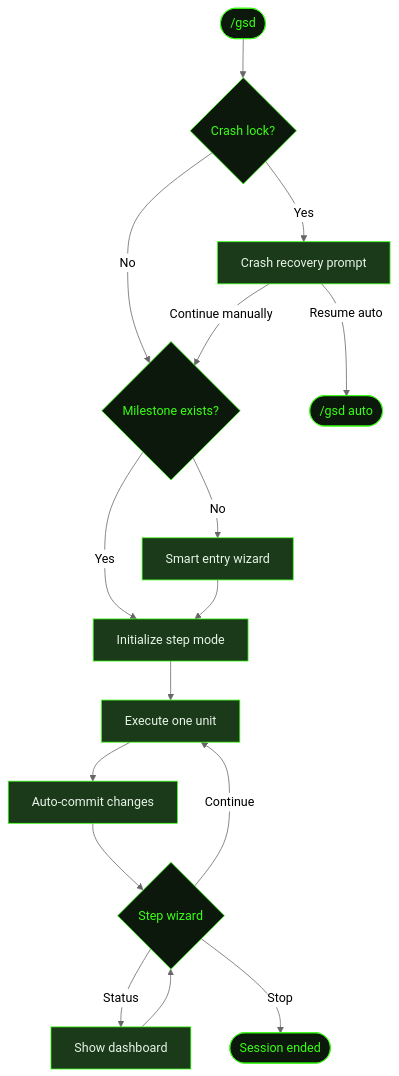
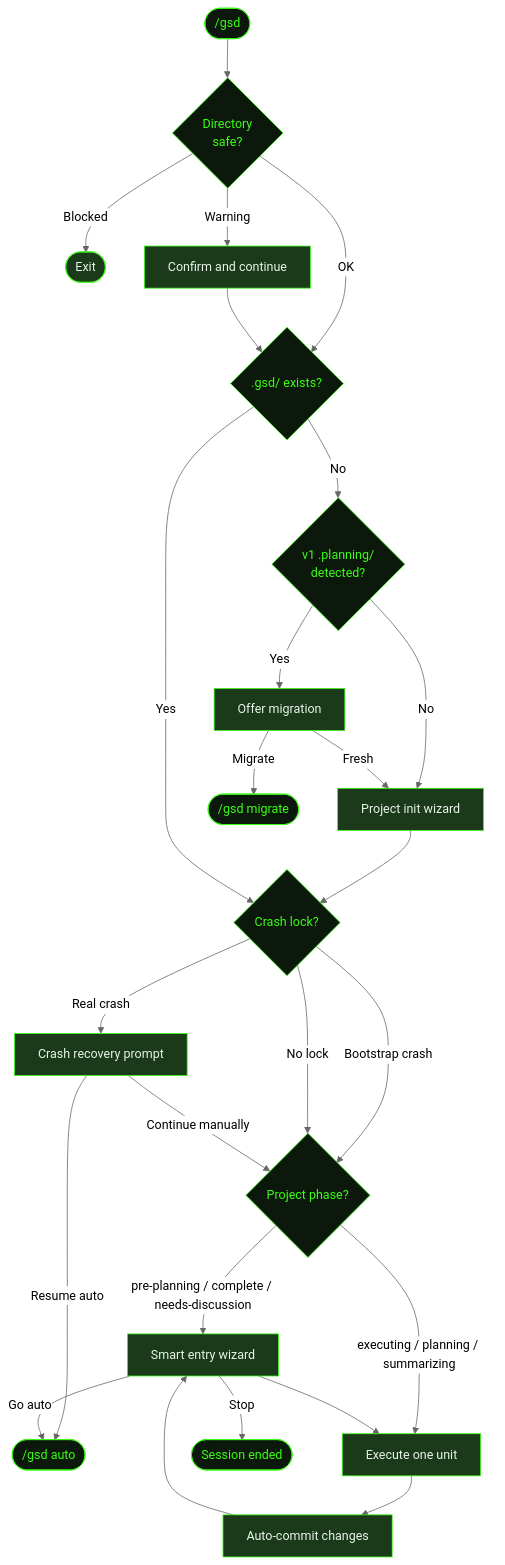
The diagram in src/content/docs/commands/gsd.mdx (shusha-group/gsd2-guide), drawn with Mermaid (neutral theme) before and after one commit. The commit also changed other lines of this file and 79 other files, not shown here.

````diff
--- a/src/content/docs/commands/gsd.mdx
+++ b/src/content/docs/commands/gsd.mdx
@@ -43,31 +47,45 @@
 ```mermaid
 flowchart TD
-    Start(["/gsd"]) --> CrashLock{Crash lock?}
-    CrashLock -->|Yes| CrashPrompt[Crash recovery prompt]
-    CrashLock -->|No| HasMilestone{Milestone exists?}
+    Start(["/gsd"]) --> DirCheck{Directory\nsafe?}
+    DirCheck -->|Blocked| Exit([Exit])
+    DirCheck -->|Warning| WarnConfirm[Confirm and continue]
+    DirCheck -->|OK| HasGSD{.gsd/ exists?}
+    WarnConfirm --> HasGSD
+    HasGSD -->|No| MigrationCheck{v1 .planning/\ndetected?}
+    MigrationCheck -->|Yes| MigrateOffer[Offer migration]
+    MigrationCheck -->|No| InitWizard[Project init wizard]
+    MigrateOffer -->|Migrate| Migrate([/gsd migrate])
+    MigrateOffer -->|Fresh| InitWizard
+    InitWizard --> CrashLock
+    HasGSD -->|Yes| CrashLock{Crash lock?}
+    CrashLock -->|Bootstrap crash| HasMilestone
+    CrashLock -->|Real crash| CrashPrompt[Crash recovery prompt]
+    CrashLock -->|No lock| HasMilestone
     CrashPrompt -->|Resume auto| Auto(["/gsd auto"])
     CrashPrompt -->|Continue manually| HasMilestone
-    HasMilestone -->|No| Wizard[Smart entry wizard]
-    HasMilestone -->|Yes| Init[Initialize step mode]
-    Wizard --> Init
-    Init --> Execute[Execute one unit]
+    HasMilestone{Project phase?} -->|pre-planning / complete / needs-discussion| SmartEntry[Smart entry wizard]
+    HasMilestone -->|executing / planning / summarizing| Execute[Execute one unit]
+    SmartEntry --> Execute
     Execute --> Commit[Auto-commit changes]
-    Commit --> StepWiz{Step wizard}
-    StepWiz -->|Continue| Execute
-    StepWiz -->|Status| Status[Show dashboard]
-    StepWiz -->|Stop| Done([Session ended])
-    Status --> StepWiz
+    Commit --> SmartEntry
+    SmartEntry -->|Go auto| Auto
+    SmartEntry -->|Stop| Done([Session ended])
 
     style Start fill:#0d180d,stroke:#39ff14,color:#39ff14
+    style DirCheck fill:#0d180d,stroke:#39ff14,color:#39ff14
+    style MigrationCheck fill:#0d180d,stroke:#39ff14,color:#39ff14
     style CrashLock fill:#0d180d,stroke:#39ff14,color:#39ff14
     style HasMilestone fill:#0d180d,stroke:#39ff14,color:#39ff14
-    style StepWiz fill:#0d180d,stroke:#39ff14,color:#39ff14
+    style Exit fill:#1a3a1a,stroke:#39ff14,color:#e8f4e8
+    style WarnConfirm fill:#1a3a1a,stroke:#39ff14,color:#e8f4e8
+    style MigrateOffer fill:#1a3a1a,stroke:#39ff14,color:#e8f4e8
+    style InitWizard fill:#1a3a1a,stroke:#39ff14,color:#e8f4e8
     style CrashPrompt fill:#1a3a1a,stroke:#39ff14,color:#e8f4e8
-    style Wizard fill:#1a3a1a,stroke:#39ff14,color:#e8f4e8
-    style Init fill:#1a3a1a,stroke:#39ff14,color:#e8f4e8
+    style SmartEntry fill:#1a3a1a,stroke:#39ff14,color:#e8f4e8
     style Execute fill:#1a3a1a,stroke:#39ff14,color:#e8f4e8
     style Commit fill:#1a3a1a,stroke:#39ff14,color:#e8f4e8
-    style Status fill:#1a3a1a,stroke:#39ff14,color:#e8f4e8
     style Done fill:#0d180d,stroke:#39ff14,color:#39ff14
     style Auto fill:#0d180d,stroke:#39ff14,color:#39ff14
+    style Migrate fill:#0d180d,stroke:#39ff14,color:#39ff14
+    style HasGSD fill:#0d180d,stroke:#39ff14,color:#39ff14
 ```
````
